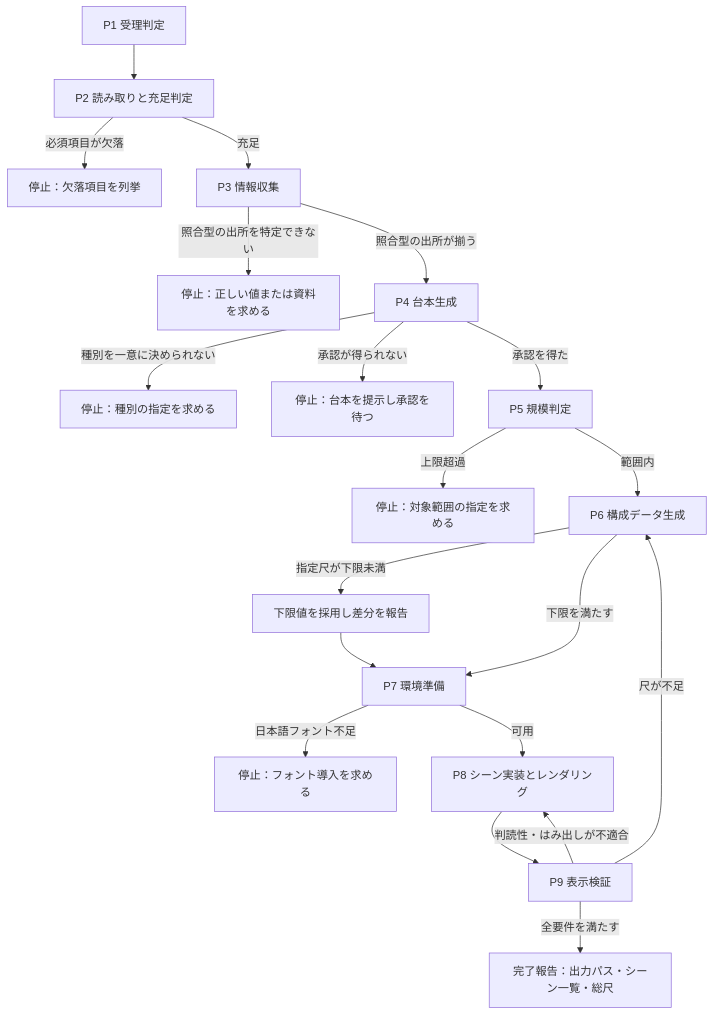
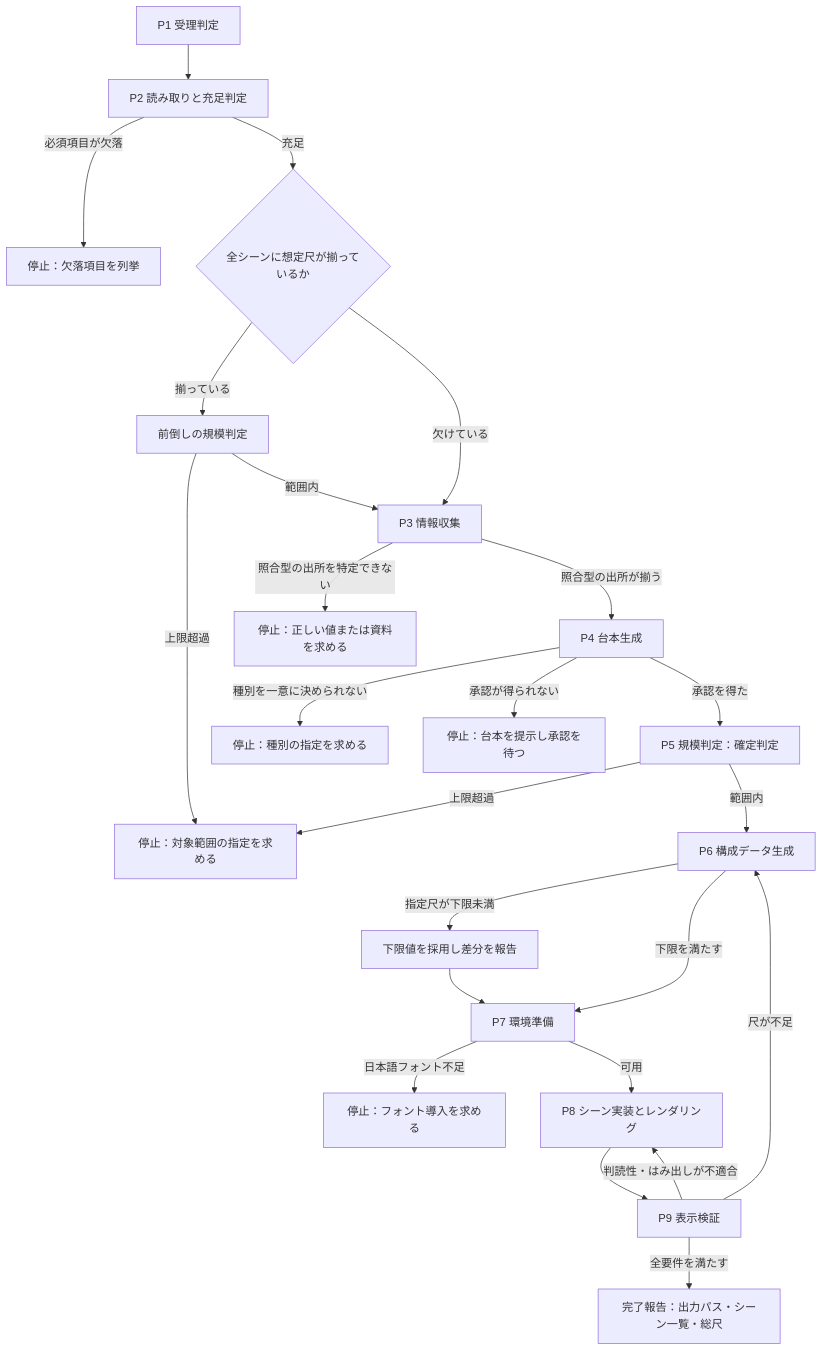
The second of 3 diagrams in requirements.md (rictaworks/spec-to-mp4-video-skill), drawn with Mermaid before and after one commit. The commit also changed other lines of this file and 3 other files, not shown here.

````diff
--- a/requirements.md
+++ b/requirements.md
@@ -304,22 +315,26 @@
 ```mermaid
 flowchart TD
     P1[P1 受理判定] --> P2[P2 読み取りと充足判定]
     P2 -->|必須項目が欠落| S1[停止：欠落項目を列挙]
-    P2 -->|充足| P3[P3 情報収集]
+    P2 -->|充足| P2B{全シーンに想定尺が揃っているか}
+    P2B -->|揃っている| P2C[前倒しの規模判定]
+    P2B -->|欠けている| P3[P3 情報収集]
+    P2C -->|上限超過| S2[停止：対象範囲の指定を求める]
+    P2C -->|範囲内| P3
     P3 -->|照合型の出所を特定できない| S4[停止：正しい値または資料を求める]
     P3 -->|照合型の出所が揃う| P4[P4 台本生成]
     P4 -->|種別を一意に決められない| S6[停止：種別の指定を求める]
     P4 -->|承認が得られない| S5[停止：台本を提示し承認を待つ]
-    P4 -->|承認を得た| P5[P5 規模判定]
-    P5 -->|上限超過| S2[停止：対象範囲の指定を求める]
+    P4 -->|承認を得た| P5[P5 規模判定：確定判定]
+    P5 -->|上限超過| S2
     P5 -->|範囲内| P6[P6 構成データ生成]
     P6 -->|指定尺が下限未満| P6B[下限値を採用し差分を報告]
     P6B --> P7[P7 環境準備]
     P6 -->|下限を満たす| P7
     P7 -->|日本語フォント不足| S3[停止：フォント導入を求める]
     P7 -->|可用| P8[P8 シーン実装とレンダリング]
     P8 --> P9[P9 表示検証]
     P9 -->|判読性・はみ出しが不適合| P8
     P9 -->|尺が不足| P6
     P9 -->|全要件を満たす| R[完了報告：出力パス・シーン一覧・総尺]
 ```
````
